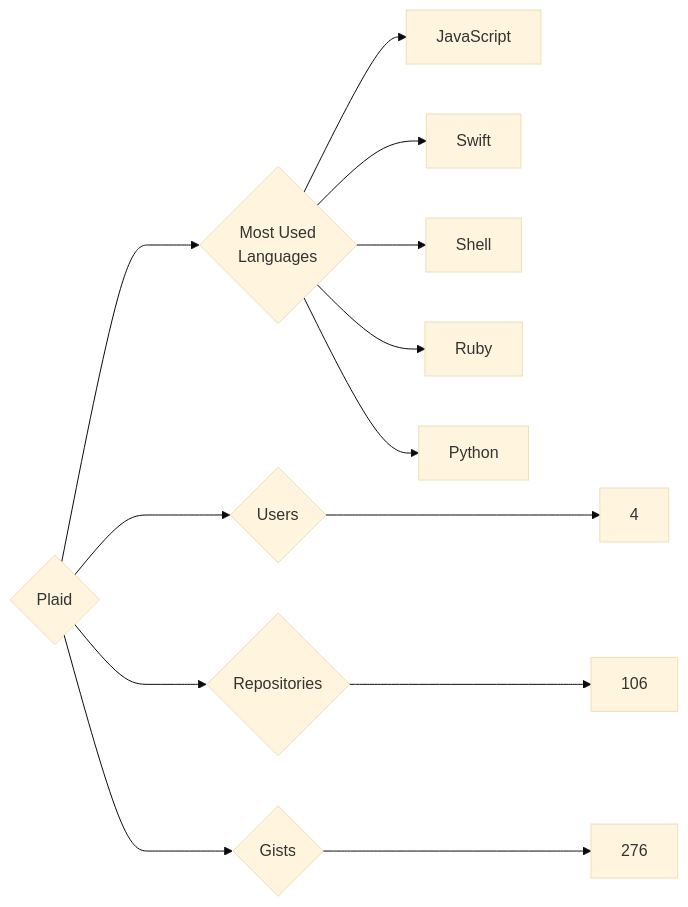
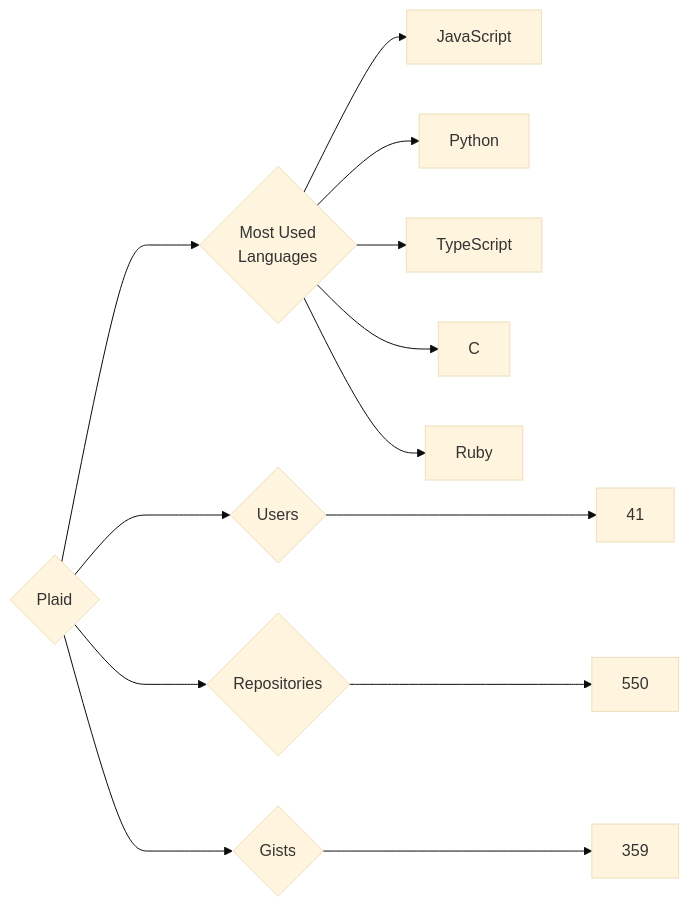
Before and after one commit to trickest/insiders: the diagram in targets/Plaid/README.md, drawn with Mermaid (base theme). The commit also changed 833 other files, not shown here.

````diff
--- a/targets/Plaid/README.md
+++ b/targets/Plaid/README.md
@@ -3,13 +3,13 @@
 ```mermaid
 graph LR
 COMPANY_NAME{Plaid}
-COMPANY_NAME ---> U{Users} ---> UN[4]
-COMPANY_NAME ---> R{Repositories} ---> RN[106]
-COMPANY_NAME ---> G{Gists} ---> GN[276]
+COMPANY_NAME ---> U{Users} ---> UN[41]
+COMPANY_NAME ---> R{Repositories} ---> RN[550]
+COMPANY_NAME ---> G{Gists} ---> GN[359]
 COMPANY_NAME ---> ML{Most Used<br>Languages}
 ML --> JavaScript[JavaScript]
-ML --> Swift[Swift]
-ML --> Shell[Shell]
+ML --> Python[Python]
+ML --> TypeScript[TypeScript]
+ML --> C[C]
 ML --> Ruby[Ruby]
-ML --> Python[Python]
 ```
````
